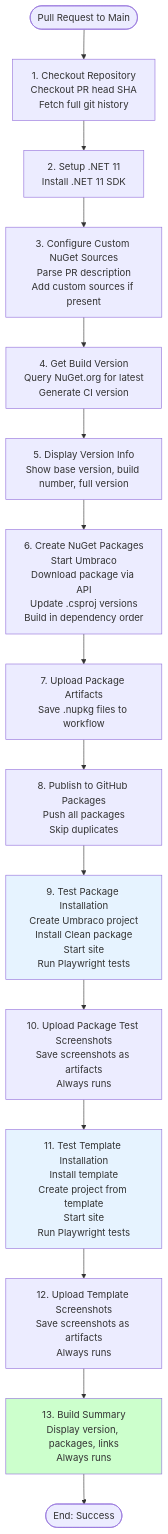
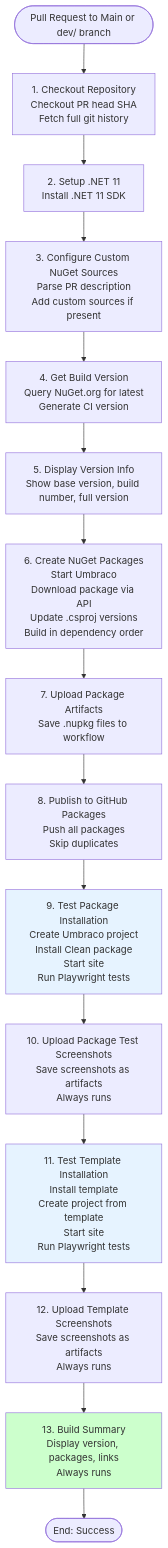
One commit to prjseal/Clean changed the second of 2 diagrams in .github/workflow-pr.md. Above: the diagram before and after it, drawn with Mermaid. The commit also changed other lines of this file and 2 other files, not shown here.

First line of the commit message:
Run the PR build for pull requests into dev/ branches

````diff
--- a/.github/workflow-pr.md
+++ b/.github/workflow-pr.md
@@ -474,33 +474,33 @@
 ```mermaid
 flowchart TD
-    Start([Pull Request to Main]) --> Checkout[1. Checkout Repository<br/>Checkout PR head SHA<br/>Fetch full git history]
+    Start([Pull Request to Main or dev/ branch]) --> Checkout[1. Checkout Repository<br/>Checkout PR head SHA<br/>Fetch full git history]
     Checkout --> DotNet[2. Setup .NET 11<br/>Install .NET 11 SDK]
     
     DotNet --> CustomSources[3. Configure Custom NuGet Sources<br/>Parse PR description<br/>Add custom sources if present]
     
     CustomSources --> GetVersion[4. Get Build Version<br/>Query NuGet.org for latest<br/>Generate CI version]
     
     GetVersion --> ShowVersion[5. Display Version Info<br/>Show base version, build number, full version]
     
     ShowVersion --> CreatePackages[6. Create NuGet Packages<br/>Start Umbraco<br/>Download package via API<br/>Update .csproj versions<br/>Build in dependency order]
     
     CreatePackages --> UploadArtifacts[7. Upload Package Artifacts<br/>Save .nupkg files to workflow]
     
     UploadArtifacts --> PublishGH[8. Publish to GitHub Packages<br/>Push all packages<br/>Skip duplicates]
     
     PublishGH --> TestPackage[9. Test Package Installation<br/>Create Umbraco project<br/>Install Clean package<br/>Start site<br/>Run Playwright tests]
     
     TestPackage --> UploadPkgScreenshots[10. Upload Package Test Screenshots<br/>Save screenshots as artifacts<br/>Always runs]
     
     UploadPkgScreenshots --> TestTemplate[11. Test Template Installation<br/>Install template<br/>Create project from template<br/>Start site<br/>Run Playwright tests]
     
     TestTemplate --> UploadTplScreenshots[12. Upload Template Screenshots<br/>Save screenshots as artifacts<br/>Always runs]
     
     UploadTplScreenshots --> Summary[13. Build Summary<br/>Display version, packages, links<br/>Always runs]
     
     Summary --> End([End: Success])
     
     style TestPackage fill:#e6f3ff
     style TestTemplate fill:#e6f3ff
     style Summary fill:#ccffcc
 ```
````
